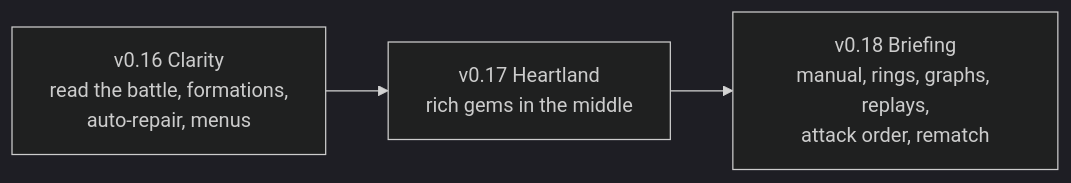
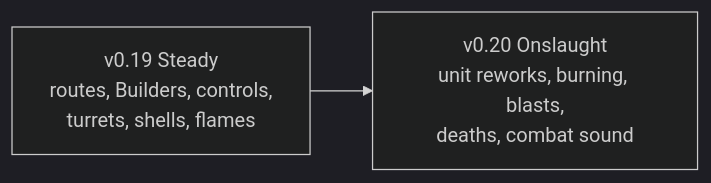
The diagram in docs/roadmap.md (CoolCoder353/WAR-2D), drawn with Mermaid (dark theme) before and after one commit. The commit also changed other lines of this file and 10 other files, not shown here.

````diff
--- a/docs/roadmap.md
+++ b/docs/roadmap.md
@@ -21,5 +20,4 @@
 ```mermaid
 flowchart LR
-    v016[v0.16 Clarity<br/>read the battle, formations,<br/>auto-repair, menus] --> v017[v0.17 Heartland<br/>rich gems in the middle]
-    v017 --> v018[v0.18 Briefing<br/>manual, rings, graphs, replays,<br/>attack order, rematch]
+    v019[v0.19 Steady<br/>routes, Builders, controls,<br/>turrets, shells, flames] --> v020[v0.20 Onslaught<br/>unit reworks, burning, blasts,<br/>deaths, combat sound]
 ```
````
